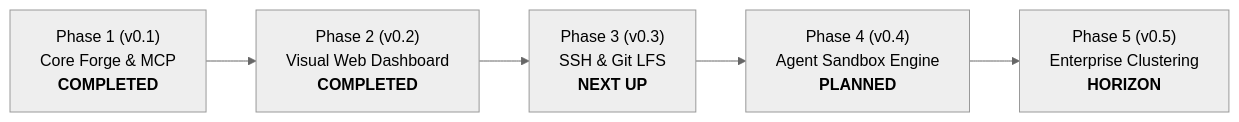
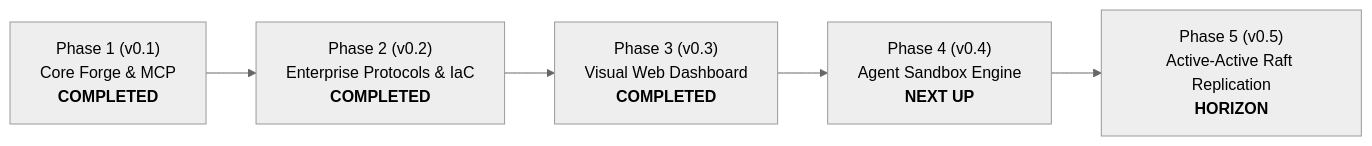
Before and after one commit to RavaniRoshan/exist.io: the diagram in ROADMAP.md, drawn with Mermaid (neutral theme). The commit also changed other lines of this file and 9 other files, not shown here.

Commit message:
docs: expand Diátaxis documentation site and README with enterprise protocols, IaC, and federation

````diff
--- a/ROADMAP.md
+++ b/ROADMAP.md
@@ -21,13 +21,13 @@
 ```mermaid
 flowchart LR
     P1["Phase 1 (v0.1)<br/>Core Forge & MCP<br/><b>COMPLETED</b>"]
-    P2["Phase 2 (v0.2)<br/>Visual Web Dashboard<br/><b>COMPLETED</b>"]
-    P3["Phase 3 (v0.3)<br/>SSH & Git LFS<br/><b>NEXT UP</b>"]
-    P4["Phase 4 (v0.4)<br/>Agent Sandbox Engine<br/><b>PLANNED</b>"]
-    P5["Phase 5 (v0.5)<br/>Enterprise Clustering<br/><b>HORIZON</b>"]
+    P2["Phase 2 (v0.2)<br/>Enterprise Protocols & IaC<br/><b>COMPLETED</b>"]
+    P3["Phase 3 (v0.3)<br/>Visual Web Dashboard<br/><b>COMPLETED</b>"]
+    P4["Phase 4 (v0.4)<br/>Agent Sandbox Engine<br/><b>NEXT UP</b>"]
+    P5["Phase 5 (v0.5)<br/>Active-Active Raft Replication<br/><b>HORIZON</b>"]
 
     P1 --> P2
     P2 --> P3
     P3 --> P4
     P4 --> P5
 ```
````
